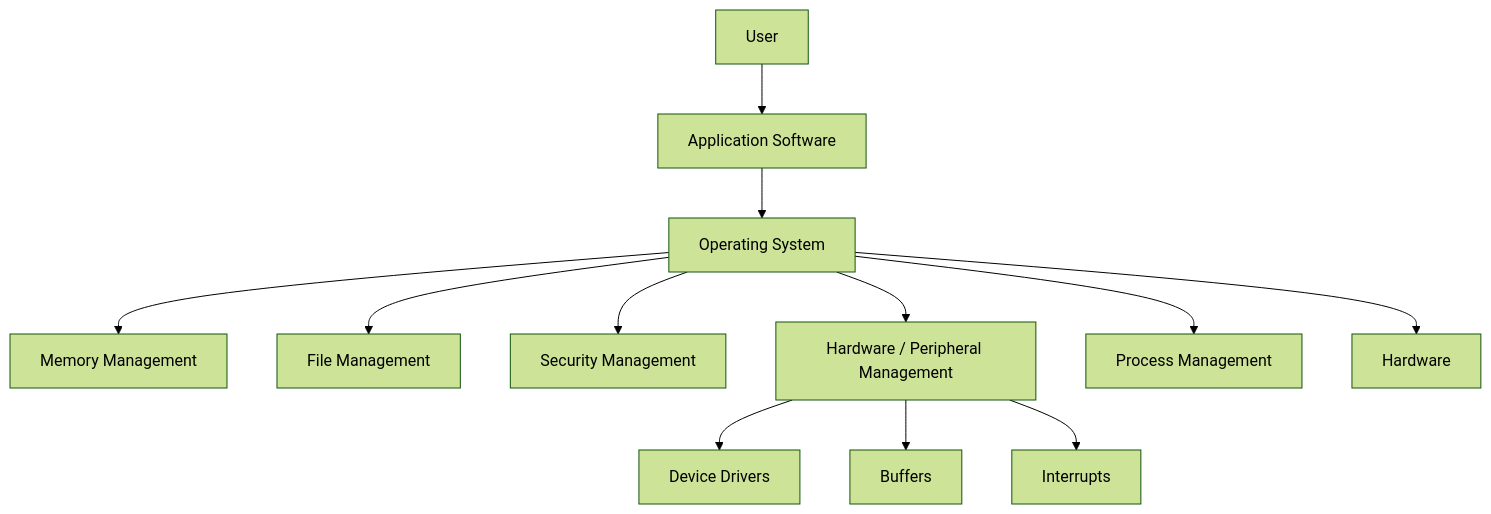
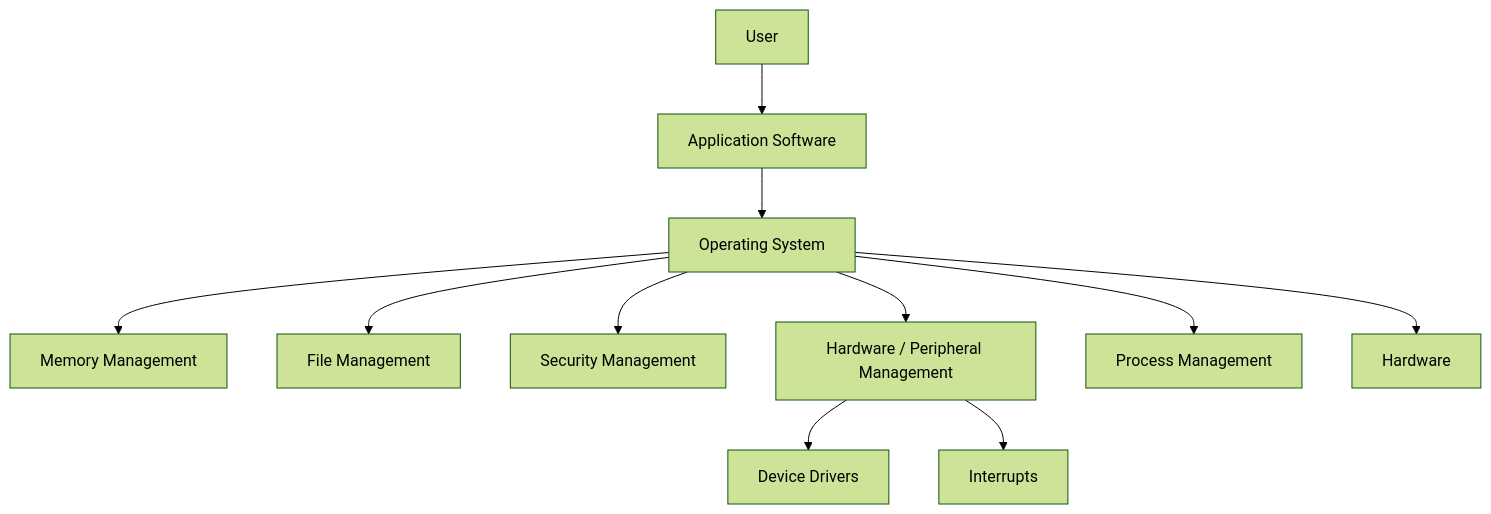
The third of 4 diagrams in as-9618/chapter-5.md (whuang0428/cs-web-checklist), drawn with Mermaid (forest theme) before and after one commit. The commit also changed other lines of this file and 42 other files, not shown here.

````diff
--- a/as-9618/chapter-5.md
+++ b/as-9618/chapter-5.md
@@ -852,14 +851,13 @@
 ```mermaid
 flowchart TD
 U[User] --> A[Application Software]
 A --> OS[Operating System]
 OS --> M[Memory Management]
 OS --> F[File Management]
 OS --> S[Security Management]
 OS --> H[Hardware / Peripheral Management]
 OS --> P[Process Management]
 H --> D[Device Drivers]
-H --> B[Buffers]
 H --> I[Interrupts]
 OS --> HW[Hardware]
 ```
````
